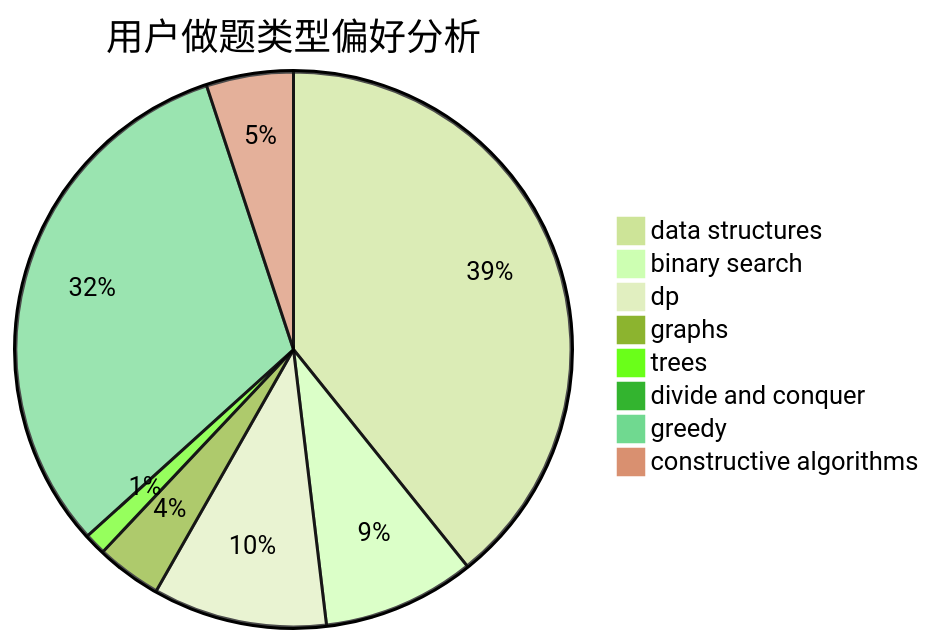
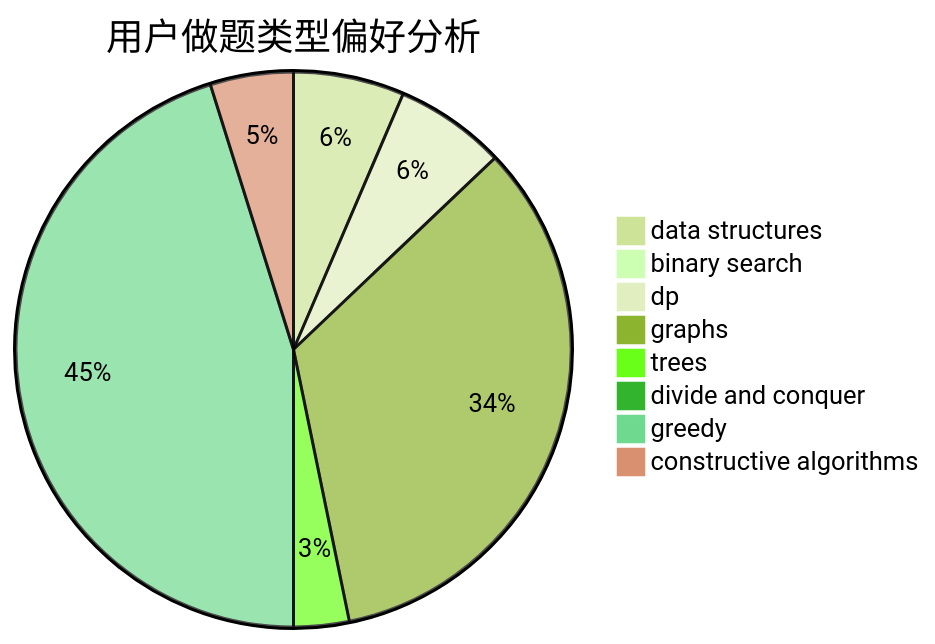
Before and after one commit to sherpahu/cfrs.github.io: the second of 3 diagrams in docs/user/u2361.md, drawn with Mermaid (forest theme). The commit also changed other lines of this file and 2770 other files, not shown here.

````diff
--- a/docs/user/u2361.md
+++ b/docs/user/u2361.md
@@ -23,11 +23,11 @@
 ```mermaid
 pie title 用户做题类型偏好分析
-    "data structures" :  31
-    "binary search" :  7
-    "dp" :  8
-    "graphs" :  3
-    "trees" :  1
+    "data structures" :  4
+    "binary search" :  0
+    "dp" :  4
+    "graphs" :  21
+    "trees" :  2
     "divide and conquer" :  0
-    "greedy" :  25
-    "constructive algorithms" :  4
+    "greedy" :  28
+    "constructive algorithms" :  3
 ```
````
